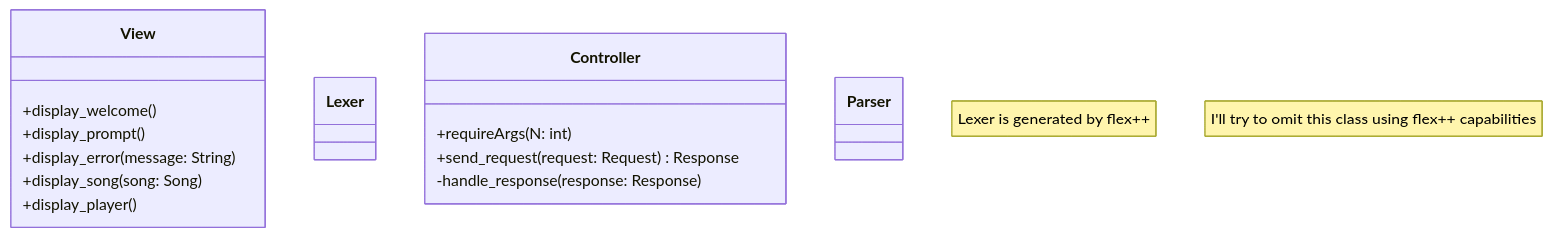
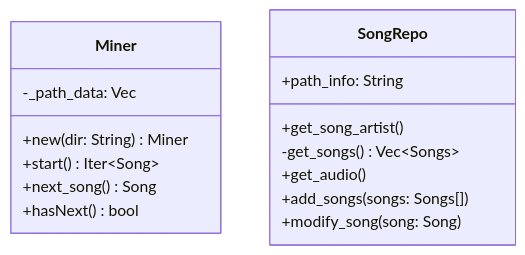
The third of 3 diagrams in doc/DESIGN.md (hdvvaldes/MP3Interface), drawn with Mermaid before and after one commit. The commit also changed other lines of this file and 13 other files, not shown here.

````diff
--- a/doc/DESIGN.md
+++ b/doc/DESIGN.md
@@ -67,24 +68,18 @@
 ```mermaid
 classDiagram
-    class View{
-        +display_welcome()
-        +display_prompt()
-        +display_error(message: String)
-        +display_song(song: Song)
-        +display_player()
+    class Miner {
+        -_path_data: Vec<String>
+        +new(dir: String) Miner
+        +start() Iter~Song~
+        +next_song() Song
+        +hasNext() bool
     }
-    note "Lexer is generated by flex++"
-    class Lexer
-
-    class Controller{
-        +requireArgs(N: int)
-        +send_request(request: Request) Response
-        -handle_response(response: Response) 
+    class SongRepo {
+        +path_info: String
+        +get_song_artist()
+        -get_songs() Vec~Songs~
+        +get_audio()
+        +add_songs(songs: Songs[])
+        +modify_song(song: Song)
     }
-    
-    note "I'll try to omit this class using flex++ capabilities"
-    class Parser{
-
-    }
-
 ```
````
